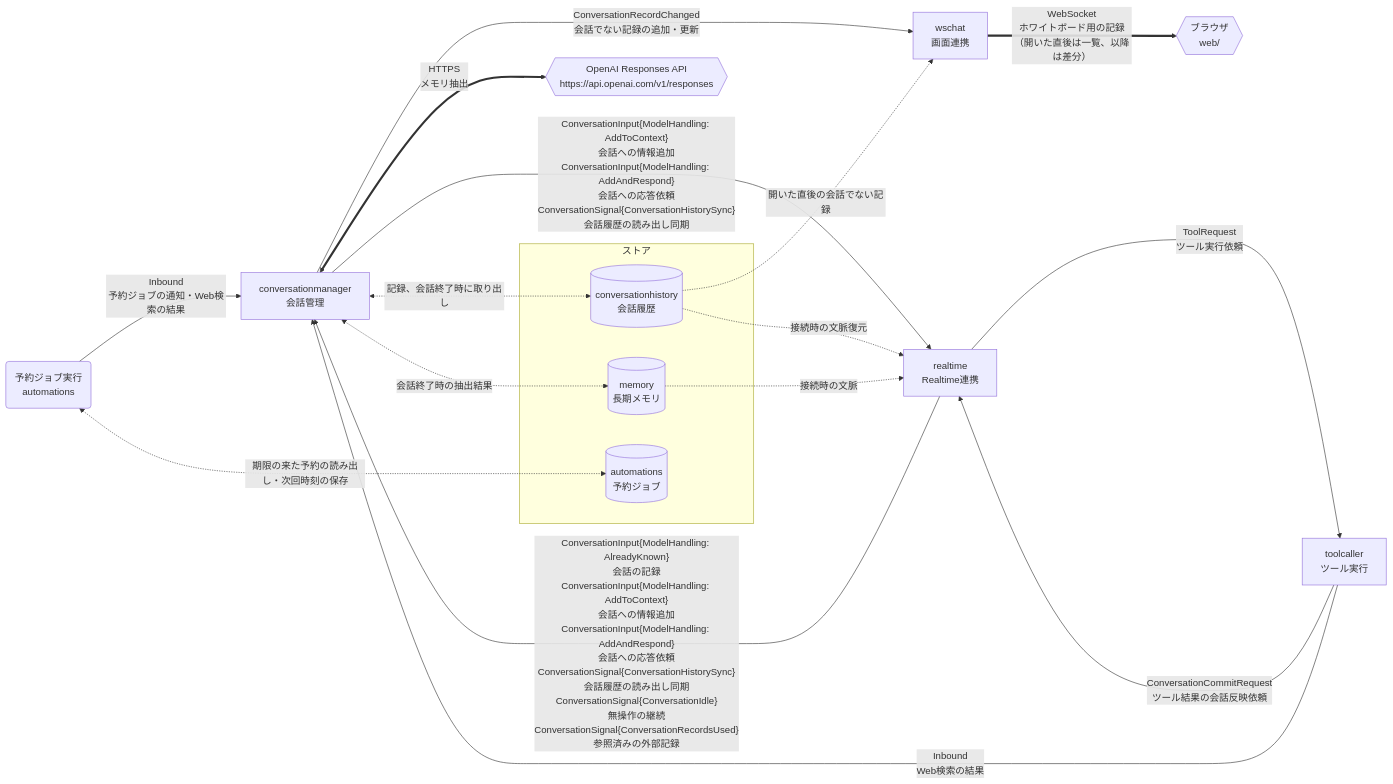
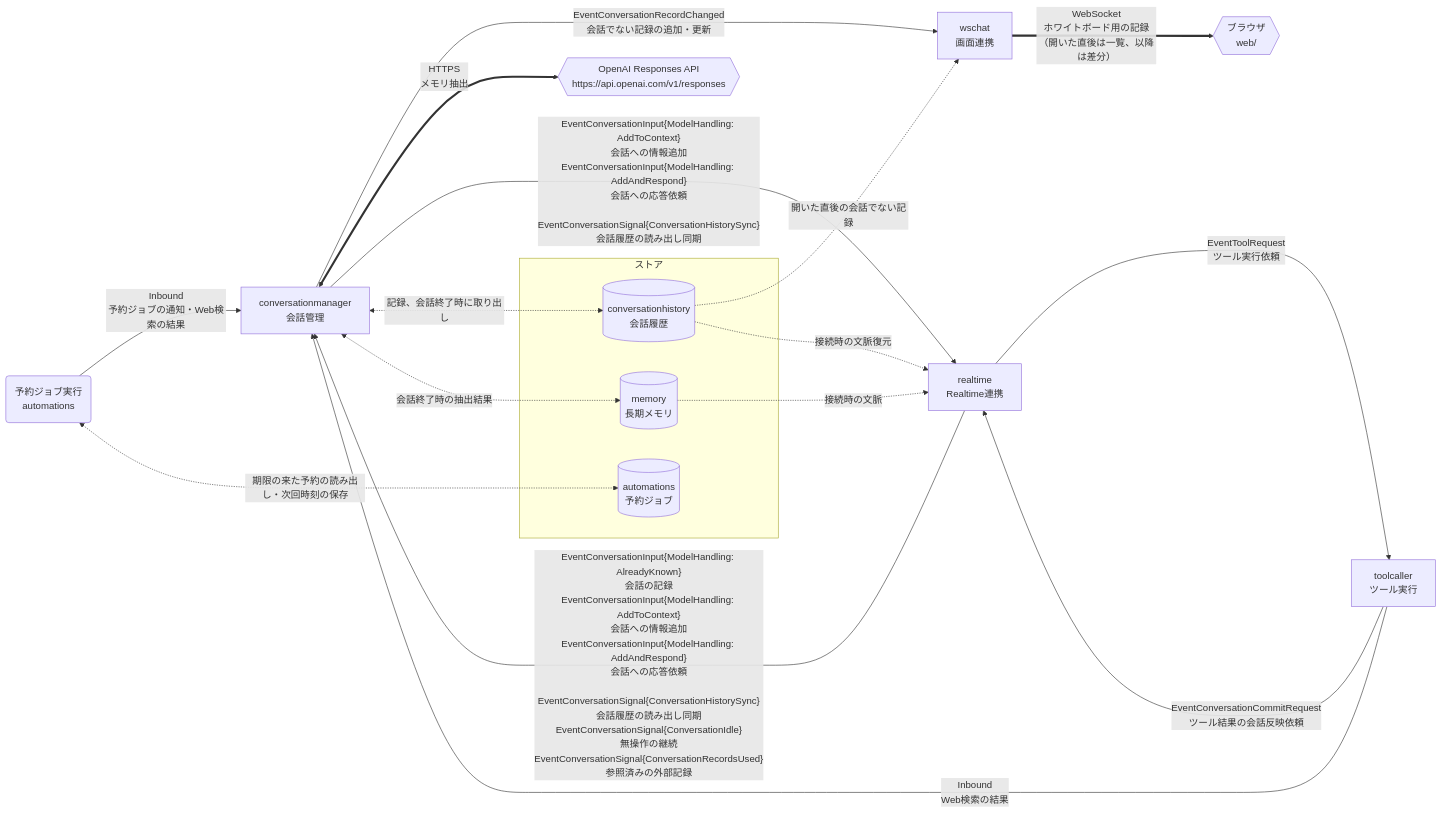
One commit to tetetratra/smart-speaker changed the second of 3 diagrams in README.md. Above: the diagram before and after it, drawn with Mermaid. The commit also changed other lines of this file, not shown here.

Commit message:
構成図のイベント名にEventの接頭辞を付け、会話の図でConversationInputとConversationSignalの間を空ける

````diff
--- a/README.md
+++ b/README.md
@@ -121,32 +121,32 @@
 ```mermaid
 flowchart LR
     manager["conversationmanager<br/>会話管理"]
     openaiResponses{{"OpenAI Responses API<br/>https://api.openai.com/v1/responses"}}
     rt["realtime<br/>Realtime連携"]
     tool["toolcaller<br/>ツール実行"]
     scheduler("予約ジョブ実行<br/>automations")
     chat["wschat<br/>画面連携"]
     browser{{"ブラウザ<br/>web/"}}
 
     subgraph g0["ストア"]
         historyStore[("conversationhistory<br/>会話履歴")]
         memoryStore[("memory<br/>長期メモリ")]
         automationStore[("automations<br/>予約ジョブ")]
     end
 
     manager <==>|"HTTPS<br/>メモリ抽出"| openaiResponses
-    rt -->|"ConversationInput{ModelHandling: AlreadyKnown}<br/>会話の記録<br/>ConversationInput{ModelHandling: AddToContext}<br/>会話への情報追加<br/>ConversationInput{ModelHandling: AddAndRespond}<br/>会話への応答依頼<br/>ConversationSignal{ConversationHistorySync}<br/>会話履歴の読み出し同期<br/>ConversationSignal{ConversationIdle}<br/>無操作の継続<br/>ConversationSignal{ConversationRecordsUsed}<br/>参照済みの外部記録"| manager
-    manager --->|"ConversationInput{ModelHandling: AddToContext}<br/>会話への情報追加<br/>ConversationInput{ModelHandling: AddAndRespond}<br/>会話への応答依頼<br/>ConversationSignal{ConversationHistorySync}<br/>会話履歴の読み出し同期"| rt
-    rt -->|"ToolRequest<br/>ツール実行依頼"| tool
-    tool --->|"ConversationCommitRequest<br/>ツール結果の会話反映依頼"| rt
+    rt -->|"EventConversationInput{ModelHandling: AlreadyKnown}<br/>会話の記録<br/>EventConversationInput{ModelHandling: AddToContext}<br/>会話への情報追加<br/>EventConversationInput{ModelHandling: AddAndRespond}<br/>会話への応答依頼<br/><br/>EventConversationSignal{ConversationHistorySync}<br/>会話履歴の読み出し同期<br/>EventConversationSignal{ConversationIdle}<br/>無操作の継続<br/>EventConversationSignal{ConversationRecordsUsed}<br/>参照済みの外部記録"| manager
+    manager --->|"EventConversationInput{ModelHandling: AddToContext}<br/>会話への情報追加<br/>EventConversationInput{ModelHandling: AddAndRespond}<br/>会話への応答依頼<br/><br/>EventConversationSignal{ConversationHistorySync}<br/>会話履歴の読み出し同期"| rt
+    rt -->|"EventToolRequest<br/>ツール実行依頼"| tool
+    tool --->|"EventConversationCommitRequest<br/>ツール結果の会話反映依頼"| rt
     scheduler -->|"Inbound<br/>予約ジョブの通知・Web検索の結果"| manager
     tool -->|"Inbound<br/>Web検索の結果"| manager
     manager <-.->|"記録、会話終了時に取り出し"| historyStore
     historyStore -.->|"接続時の文脈復元"| rt
     memoryStore -.->|"接続時の文脈"| rt
     manager <-.->|"会話終了時の抽出結果"| memoryStore
-    manager -->|"ConversationRecordChanged<br/>会話でない記録の追加・更新"| chat
+    manager -->|"EventConversationRecordChanged<br/>会話でない記録の追加・更新"| chat
     historyStore -.->|"開いた直後の会話でない記録"| chat
     chat ==>|"WebSocket<br/>ホワイトボード用の記録（開いた直後は一覧、以降は差分）"| browser
     scheduler <-.->|"期限の来た予約の読み出し・次回時刻の保存"| automationStore
 ```
````
